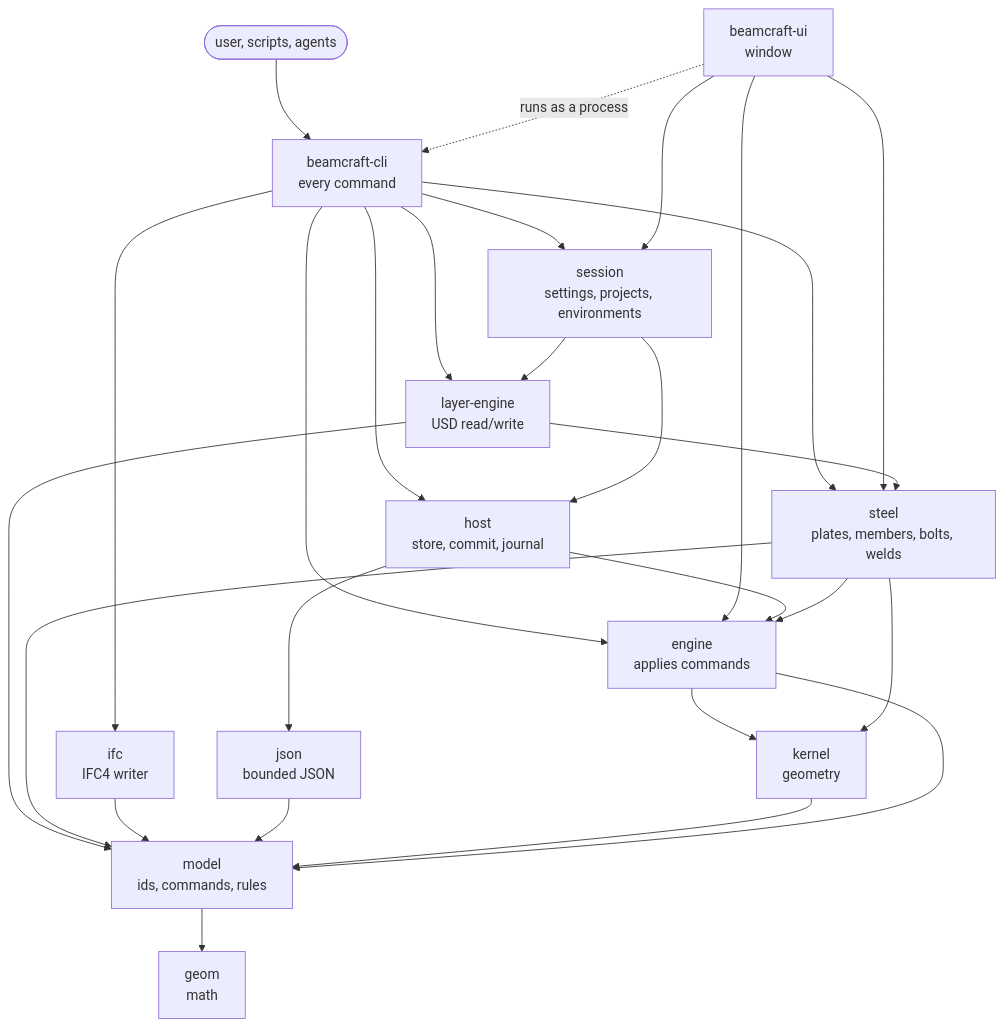
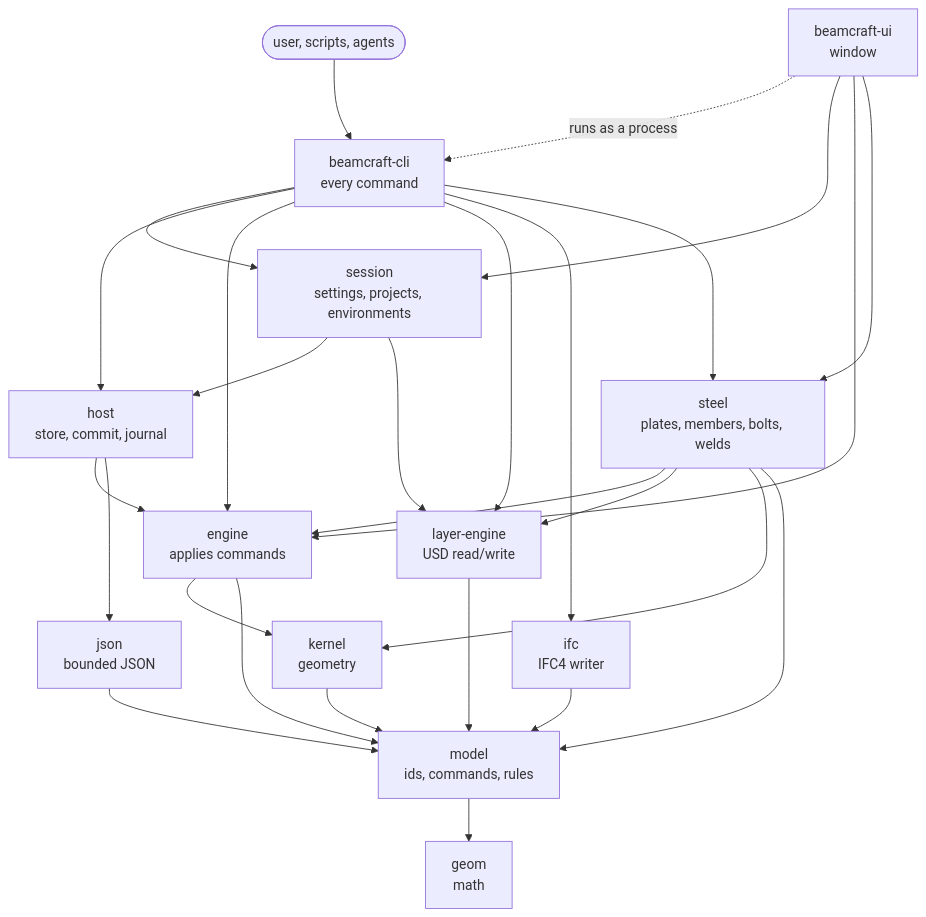
Before and after one commit to axisrow/BeamCraft: the first of 2 diagrams in docs/architecture.md, drawn with Mermaid. The commit also changed other lines of this file and 50 other files, not shown here.

````diff
--- a/docs/architecture.md
+++ b/docs/architecture.md
@@ -46,33 +46,33 @@
 ```mermaid
 flowchart TD
     user(["user, scripts, agents"]) --> cli
     ui["beamcraft-ui<br/>window"] -. "runs as a process" .-> cli
     cli["beamcraft-cli<br/>every command"]
 
     cli --> session
     cli --> host
     cli --> engine
     cli --> le
     cli --> ifc
     cli --> steel
     ui --> session
     ui --> engine
     ui --> steel
 
     session["session<br/>settings, projects, environments"] --> host
     session --> le
 
     host["host<br/>store, commit, journal"] --> engine
     host --> json
     engine["engine<br/>applies commands"] --> kernel
     le["layer-engine<br/>USD read/write"] --> model
-    le --> steel
     steel["steel<br/>plates, members, bolts, welds"] --> engine
+    steel --> le
     steel --> kernel
     steel --> model
     ifc["ifc<br/>IFC4 writer"] --> model
     json["json<br/>bounded JSON"] --> model
     kernel["kernel<br/>geometry"] --> model
     engine --> model
     model["model<br/>ids, commands, rules"] --> geom["geom<br/>math"]
 ```
````
